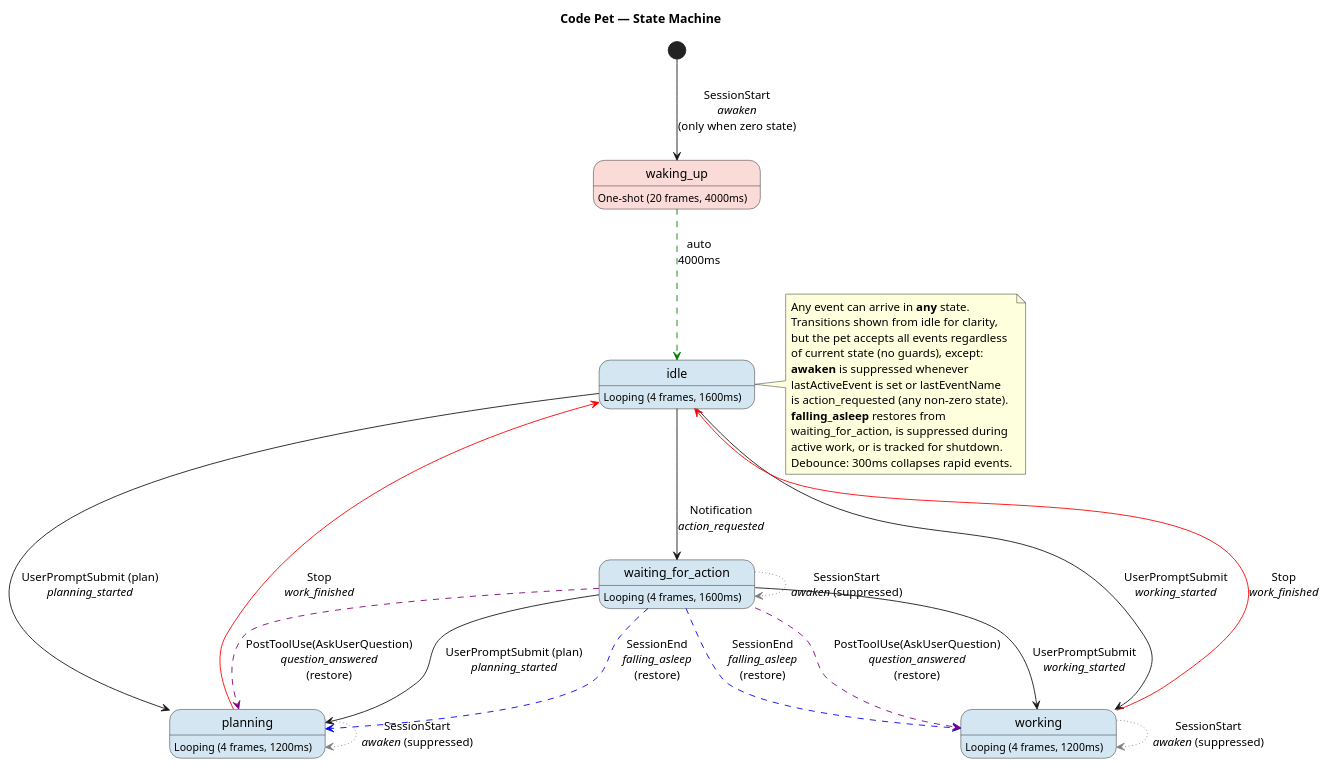
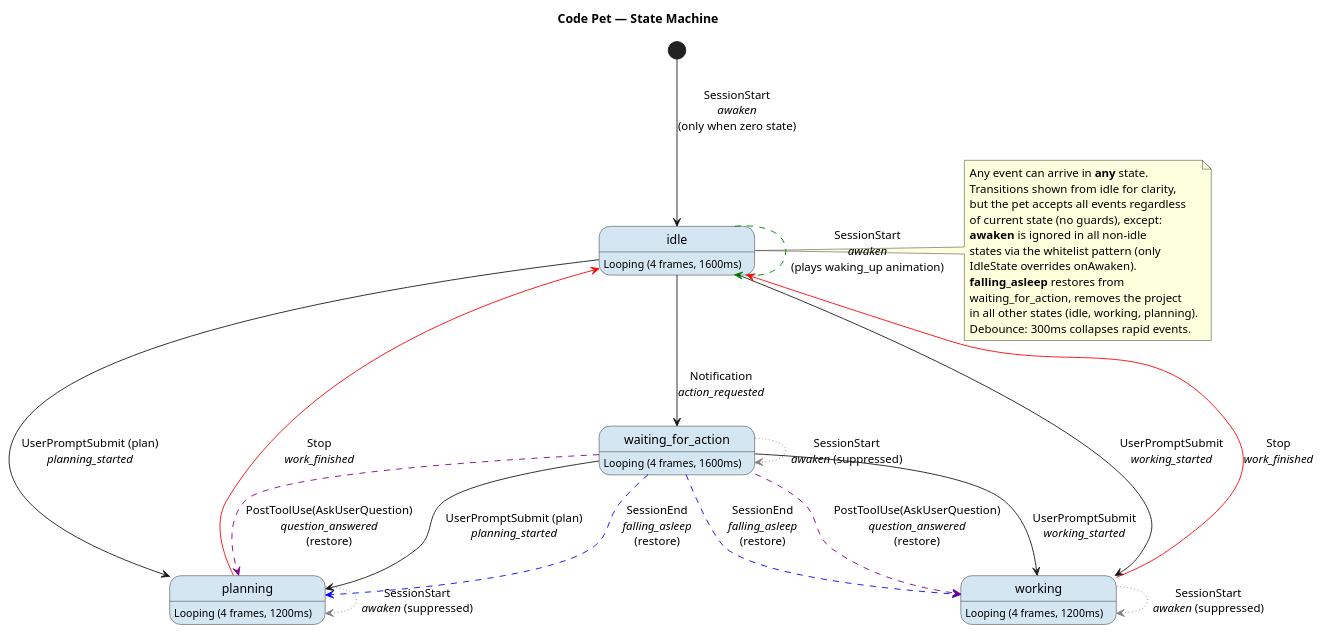
One commit to mradovic95/code-pet changed the first of 2 diagrams in docs/state-diagram.puml. Above: the diagram before and after it, drawn with PlantUML. The commit also changed other lines of this file and 23 other files, not shown here.

```diff
--- a/docs/state-diagram.puml
+++ b/docs/state-diagram.puml
@@ -1,60 +1,58 @@
 @startuml code-pet-states
 skinparam state {
   BackgroundColor<<looping>> #D4E6F1
-  BackgroundColor<<oneshot>> #FADBD8
 }
 
 title Code Pet — State Machine
 
-[*] --> waking_up : SessionStart\n//awaken//\n(only when zero state)
+[*] --> idle : SessionStart\n//awaken//\n(only when zero state)
 
 state "idle" as idle <<looping>> : Looping (4 frames, 1600ms)
-state "waking_up" as waking_up <<oneshot>> : One-shot (20 frames, 4000ms)
 state "working" as working <<looping>> : Looping (4 frames, 1200ms)
 state "planning" as planning <<looping>> : Looping (4 frames, 1200ms)
 state "waiting_for_action" as waiting_for_action <<looping>> : Looping (4 frames, 1600ms)
+
+' ── Awaken: stays in idle, plays renderer-only waking_up animation ──
+idle -[#green,dashed]-> idle : SessionStart\n//awaken//\n(plays waking_up animation)
 
 ' ── Hook-driven transitions (any state → target) ──
 idle --> working : UserPromptSubmit\n//working_started//
 idle --> waiting_for_action : Notification\n//action_requested//
 idle --> planning : UserPromptSubmit (plan)\n//planning_started//
 
 ' ── Stop returns to idle from active states ──
 working -[#red]-> idle : Stop\n//work_finished//
 planning -[#red]-> idle : Stop\n//work_finished//
-
-' ── Auto-transitions (timeouts) ──
-waking_up -[#green,dashed]-> idle : auto\n4000ms
 
 ' ── Awaken suppressed during ALL non-zero states ──
 working -[#grey,dotted]-> working : SessionStart\n//awaken// (suppressed)
 planning -[#grey,dotted]-> planning : SessionStart\n//awaken// (suppressed)
 waiting_for_action -[#grey,dotted]-> waiting_for_action : SessionStart\n//awaken// (suppressed)
 
 ' ── falling_asleep restores previous active state from waiting_for_action ──
 waiting_for_action -[#blue,dashed]-> working : SessionEnd\n//falling_asleep//\n(restore)
 waiting_for_action -[#blue,dashed]-> planning : SessionEnd\n//falling_asleep//\n(restore)
 
 ' ── question_answered restores previous active state ──
 waiting_for_action -[#purple,dashed]-> working : PostToolUse(AskUserQuestion)\n//question_answered//\n(restore)
 waiting_for_action -[#purple,dashed]-> planning : PostToolUse(AskUserQuestion)\n//question_answered//\n(restore)
 
 ' ── waiting_for_action exits via UserPromptSubmit ──
 waiting_for_action --> working : UserPromptSubmit\n//working_started//
 waiting_for_action --> planning : UserPromptSubmit (plan)\n//planning_started//
 
 note right of idle
   Any event can arrive in **any** state.
   Transitions shown from idle for clarity,
   but the pet accepts all events regardless
   of current state (no guards), except:
-  **awaken** is suppressed whenever
-  lastActiveEvent is set or lastEventName
-  is action_requested (any non-zero state).
+  **awaken** is ignored in all non-idle
+  states via the whitelist pattern (only
+  IdleState overrides onAwaken).
   **falling_asleep** restores from
-  waiting_for_action, is suppressed during
-  active work, or is tracked for shutdown.
+  waiting_for_action, removes the project
+  in all other states (idle, working, planning).
   Debounce: 300ms collapses rapid events.
 end note
 
 @enduml
```
